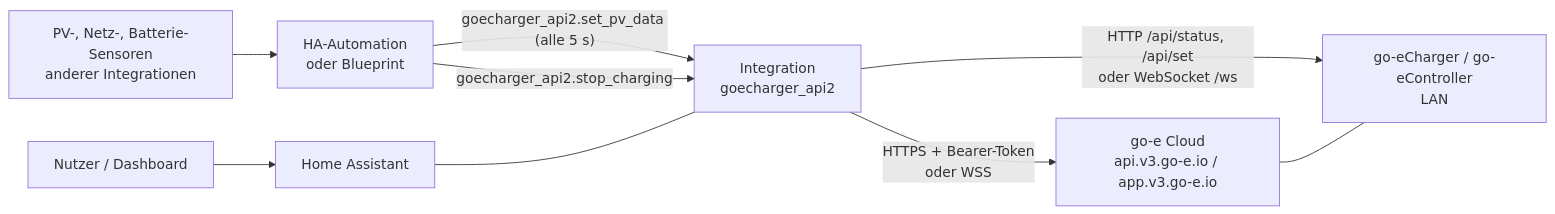
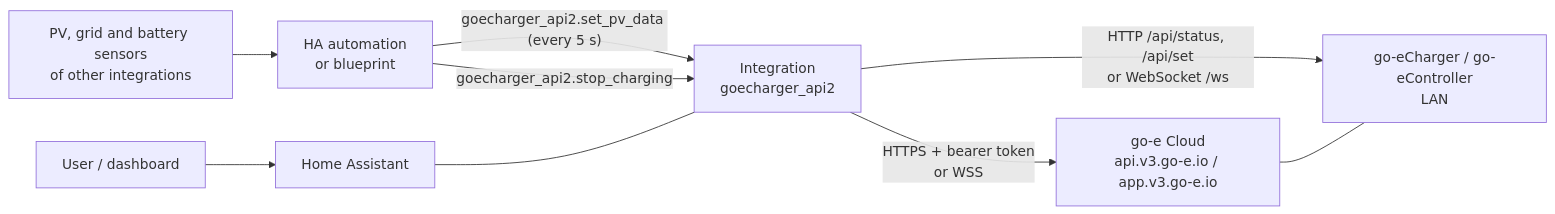
Before and after one commit to OliEder/ha-goecharger-api2: the first of 12 diagrams in docs/architecture/arc42-ha-goecharger-api2.md, drawn with Mermaid. The commit also changed other lines of this file and 89 other files, not shown here.

````diff
--- a/docs/architecture/arc42-ha-goecharger-api2.md
+++ b/docs/architecture/arc42-ha-goecharger-api2.md
@@ -82,19 +82,19 @@
 ```mermaid
 flowchart LR
-    User[Nutzer / Dashboard]
-    Auto[HA-Automation<br/>oder Blueprint]
+    User[User / dashboard]
+    Auto[HA automation<br/>or blueprint]
     HA[Home Assistant]
     INT[Integration<br/>goecharger_api2]
     WB[go-eCharger / go-eController<br/>LAN]
     Cloud[go-e Cloud<br/>api.v3.go-e.io / app.v3.go-e.io]
-    PV[PV-, Netz-, Batterie-Sensoren<br/>anderer Integrationen]
+    PV[PV, grid and battery sensors<br/>of other integrations]
 
     User --> HA
     PV --> Auto
-    Auto -- "goecharger_api2.set_pv_data (alle 5 s)" --> INT
+    Auto -- "goecharger_api2.set_pv_data (every 5 s)" --> INT
     Auto -- "goecharger_api2.stop_charging" --> INT
     HA --- INT
-    INT -- "HTTP /api/status, /api/set<br/>oder WebSocket /ws" --> WB
-    INT -- "HTTPS + Bearer-Token<br/>oder WSS" --> Cloud
+    INT -- "HTTP /api/status, /api/set<br/>or WebSocket /ws" --> WB
+    INT -- "HTTPS + bearer token<br/>or WSS" --> Cloud
     Cloud --- WB
 ```
````
